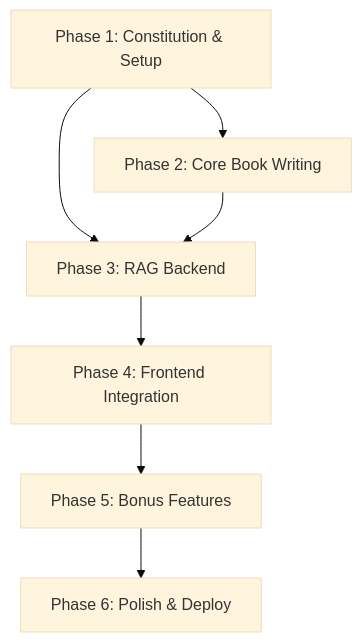
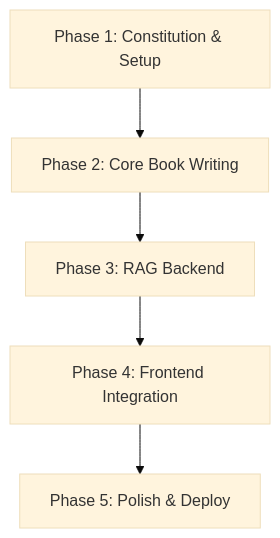
The diagram in specs/textbook-physical-ai/plan.md (SyedAbdulSami1/Physical-AI-Humanoid-Robotics-Textbook), drawn with Mermaid (base theme) before and after one commit. The commit also changed other lines of this file and 69 other files, not shown here.

````diff
--- a/specs/textbook-physical-ai/plan.md
+++ b/specs/textbook-physical-ai/plan.md
@@ -69,11 +60,7 @@
 ```mermaid
 graph TD
     A[Phase 1: Constitution & Setup] --> B[Phase 2: Core Book Writing];
-    A --> C[Phase 3: RAG Backend];
-
-    B --> C;
-
+    B --> C[Phase 3: RAG Backend];
     C --> D[Phase 4: Frontend Integration];
-    D --> E[Phase 5: Bonus Features];
-    E --> F[Phase 6: Polish & Deploy];
+    D --> E[Phase 5: Polish & Deploy];
 ```
````
